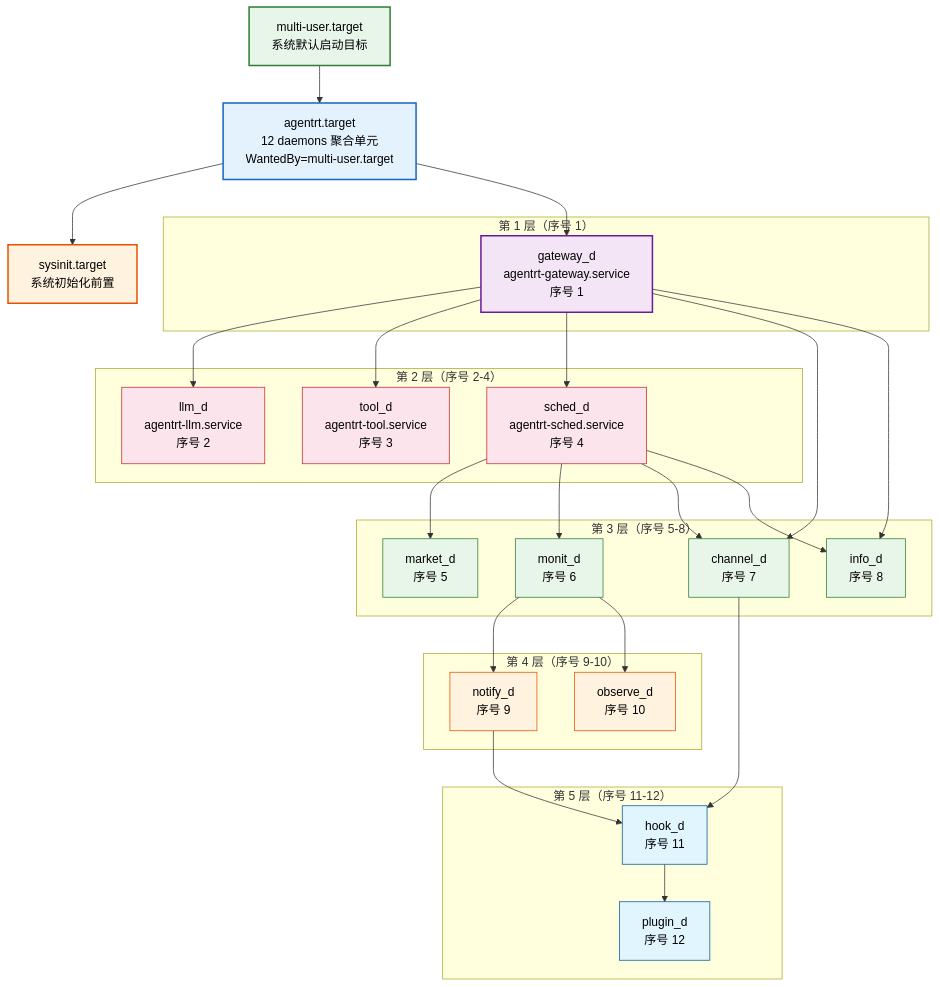
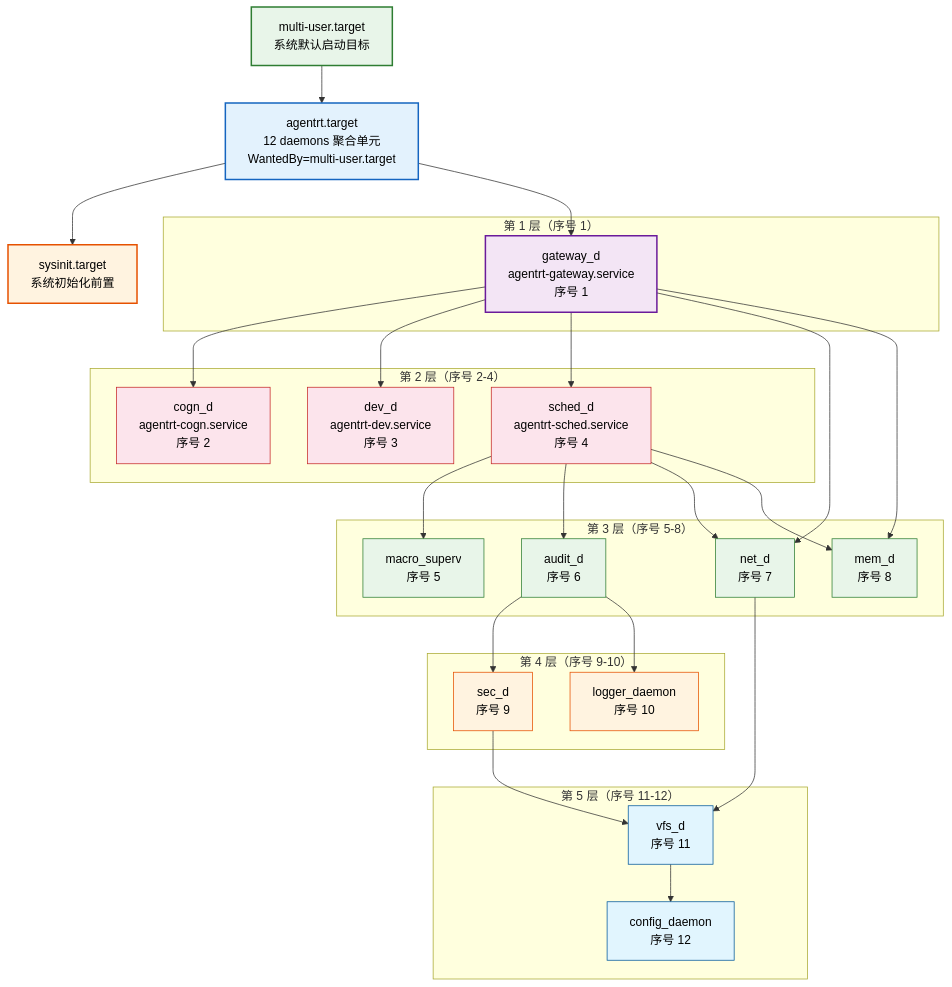
Before and after one commit to openairymax/docs: the sixth of 6 diagrams in AirymaxOS/100-operations/01-deployment.md, drawn with Mermaid. The commit also changed other lines of this file and 115 other files, not shown here.

````diff
--- a/AirymaxOS/100-operations/01-deployment.md
+++ b/AirymaxOS/100-operations/01-deployment.md
@@ -656,68 +656,68 @@
 ```mermaid
 graph TD
     MT["multi-user.target<br/>系统默认启动目标"]
     AT["agentrt.target<br/>12 daemons 聚合单元<br/>WantedBy=multi-user.target"]
     SI["sysinit.target<br/>系统初始化前置"]
 
     MT --> AT
     AT --> SI
 
     subgraph L1["第 1 层（序号 1）"]
         GW["gateway_d<br/>agentrt-gateway.service<br/>序号 1"]
     end
 
     subgraph L2["第 2 层（序号 2-4）"]
-        LLM["llm_d<br/>agentrt-llm.service<br/>序号 2"]
-        TOOL["tool_d<br/>agentrt-tool.service<br/>序号 3"]
+        COGN["cogn_d<br/>agentrt-cogn.service<br/>序号 2"]
+        DEV["dev_d<br/>agentrt-dev.service<br/>序号 3"]
         SCHED["sched_d<br/>agentrt-sched.service<br/>序号 4"]
     end
 
     subgraph L3["第 3 层（序号 5-8）"]
-        MARKET["market_d<br/>序号 5"]
-        MONIT["monit_d<br/>序号 6"]
-        CHANNEL["channel_d<br/>序号 7"]
-        INFO["info_d<br/>序号 8"]
+        MS["macro_superv<br/>序号 5"]
+        AUDIT["audit_d<br/>序号 6"]
+        NET["net_d<br/>序号 7"]
+        MEM["mem_d<br/>序号 8"]
     end
 
     subgraph L4["第 4 层（序号 9-10）"]
-        NOTIFY["notify_d<br/>序号 9"]
-        OBSERVE["observe_d<br/>序号 10"]
+        SEC["sec_d<br/>序号 9"]
+        LOGGER["logger_daemon<br/>序号 10"]
     end
 
     subgraph L5["第 5 层（序号 11-12）"]
-        HOOK["hook_d<br/>序号 11"]
-        PLUGIN["plugin_d<br/>序号 12"]
+        VFS["vfs_d<br/>序号 11"]
+        CONFIG["config_daemon<br/>序号 12"]
     end
 
     AT --> GW
-    GW --> LLM
-    GW --> TOOL
+    GW --> COGN
+    GW --> DEV
     GW --> SCHED
-    SCHED --> MARKET
-    SCHED --> MONIT
-    GW --> CHANNEL
-    SCHED --> CHANNEL
-    GW --> INFO
-    SCHED --> INFO
-    MONIT --> NOTIFY
-    MONIT --> OBSERVE
-    CHANNEL --> HOOK
-    NOTIFY --> HOOK
-    HOOK --> PLUGIN
+    SCHED --> MS
+    SCHED --> AUDIT
+    GW --> NET
+    SCHED --> NET
+    GW --> MEM
+    SCHED --> MEM
+    AUDIT --> SEC
+    AUDIT --> LOGGER
+    NET --> VFS
+    SEC --> VFS
+    VFS --> CONFIG
 
     style MT fill:#e8f5e9,stroke:#2e7d32,stroke-width:2px,color:#000
     style AT fill:#e3f2fd,stroke:#1565c0,stroke-width:2px,color:#000
     style SI fill:#fff3e0,stroke:#e65100,stroke-width:2px,color:#000
     style GW fill:#f3e5f5,stroke:#6a1b9a,stroke-width:2px,color:#000
-    style LLM fill:#fce4ec,stroke:#c62828,color:#000
-    style TOOL fill:#fce4ec,stroke:#c62828,color:#000
+    style COGN fill:#fce4ec,stroke:#c62828,color:#000
+    style DEV fill:#fce4ec,stroke:#c62828,color:#000
     style SCHED fill:#fce4ec,stroke:#c62828,color:#000
-    style MARKET fill:#e8f5e9,stroke:#2e7d32,color:#000
-    style MONIT fill:#e8f5e9,stroke:#2e7d32,color:#000
-    style CHANNEL fill:#e8f5e9,stroke:#2e7d32,color:#000
-    style INFO fill:#e8f5e9,stroke:#2e7d32,color:#000
-    style NOTIFY fill:#fff3e0,stroke:#e65100,color:#000
-    style OBSERVE fill:#fff3e0,stroke:#e65100,color:#000
-    style HOOK fill:#e1f5fe,stroke:#01579b,color:#000
-    style PLUGIN fill:#e1f5fe,stroke:#01579b,color:#000
+    style MS fill:#e8f5e9,stroke:#2e7d32,color:#000
+    style AUDIT fill:#e8f5e9,stroke:#2e7d32,color:#000
+    style NET fill:#e8f5e9,stroke:#2e7d32,color:#000
+    style MEM fill:#e8f5e9,stroke:#2e7d32,color:#000
+    style SEC fill:#fff3e0,stroke:#e65100,color:#000
+    style LOGGER fill:#fff3e0,stroke:#e65100,color:#000
+    style VFS fill:#e1f5fe,stroke:#01579b,color:#000
+    style CONFIG fill:#e1f5fe,stroke:#01579b,color:#000
 ```
````
